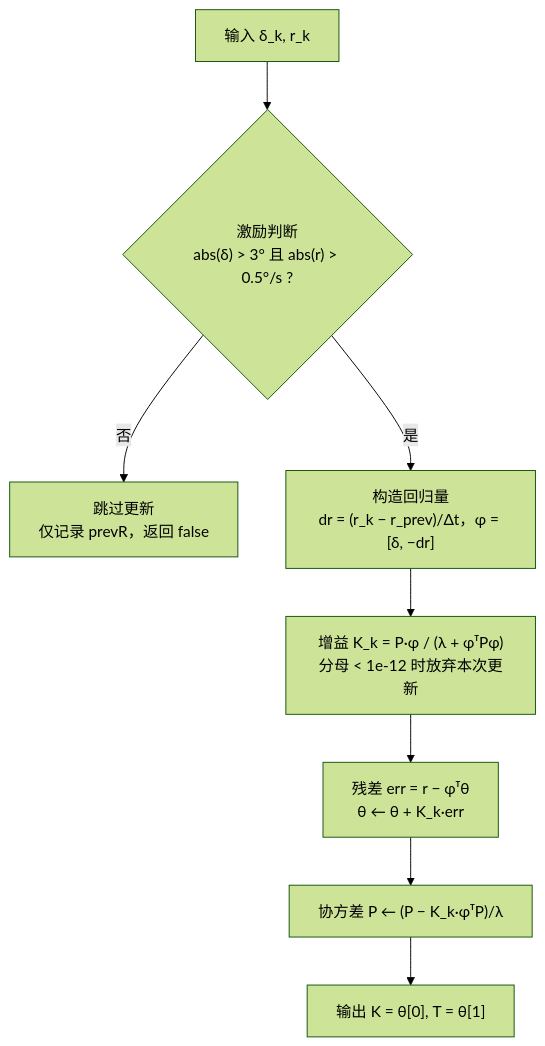
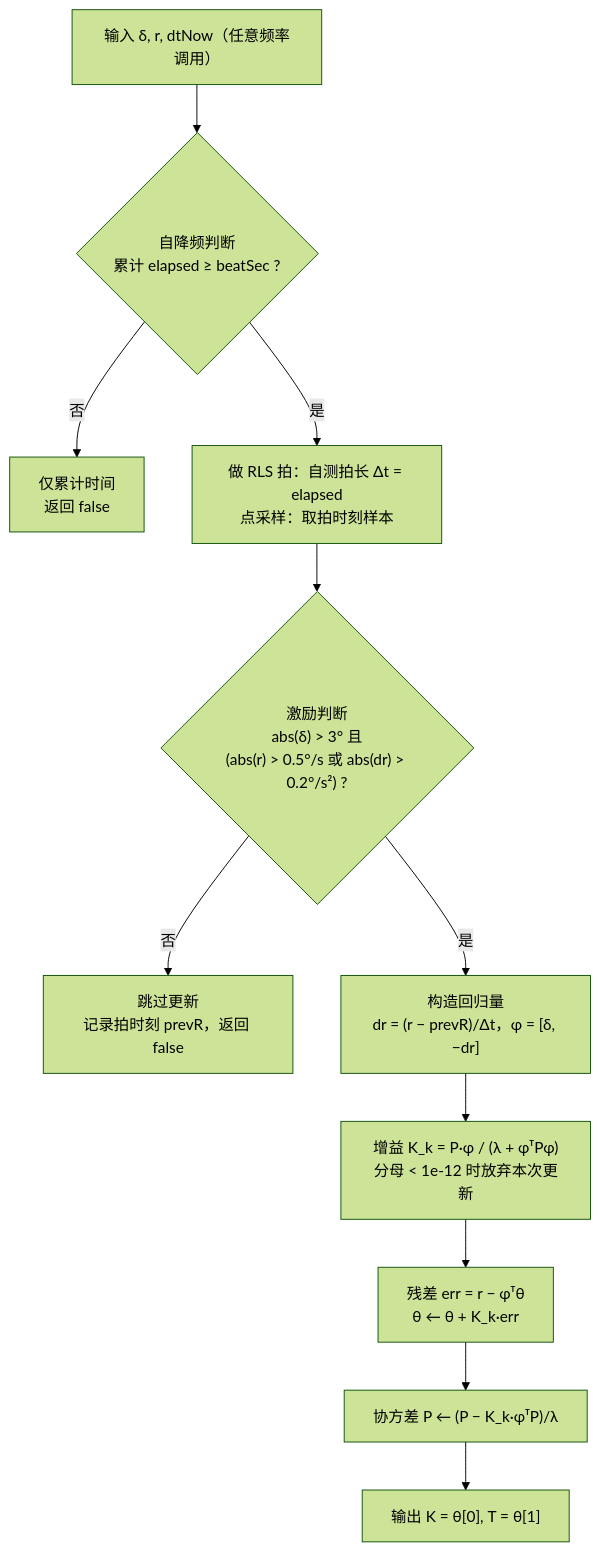
The seventh of 22 diagrams in control/控制算法开发文档.md (jimaka/auto_rudder), drawn with Mermaid (forest theme) before and after one commit. The commit also changed other lines of this file and 15 other files, not shown here.

````diff
--- a/control/控制算法开发文档.md
+++ b/control/控制算法开发文档.md
@@ -470,10 +475,13 @@
 ```mermaid
 graph TD
-    IN["输入 δ_k, r_k"] --> EXC{"激励判断<br/>abs(δ) > 3° 且 abs(r) > 0.5°/s ?"}
-    EXC -->|否| SKIP["跳过更新<br/>仅记录 prevR，返回 false"]
-    EXC -->|是| PHI["构造回归量<br/>dr = (r_k − r_prev)/Δt，φ = [δ, −dr]"]
+    IN["输入 δ, r, dtNow（任意频率调用）"] --> GATE{"自降频判断<br/>累计 elapsed ≥ beatSec ?"}
+    GATE -->|否| ACC["仅累计时间<br/>返回 false"]
+    GATE -->|是| BEAT["做 RLS 拍：自测拍长 Δt = elapsed<br/>点采样：取拍时刻样本"]
+    BEAT --> EXC{"激励判断<br/>abs(δ) > 3° 且<br/>(abs(r) > 0.5°/s 或 abs(dr) > 0.2°/s²) ?"}
+    EXC -->|否| SKIP["跳过更新<br/>记录拍时刻 prevR，返回 false"]
+    EXC -->|是| PHI["构造回归量<br/>dr = (r − prevR)/Δt，φ = [δ, −dr]"]
     PHI --> GAIN["增益 K_k = P·φ / (λ + φᵀPφ)<br/>分母 < 1e-12 时放弃本次更新"]
     GAIN --> UPD["残差 err = r − φᵀθ<br/>θ ← θ + K_k·err"]
     UPD --> COV["协方差 P ← (P − K_k·φᵀP)/λ"]
     COV --> OUT["输出 K = θ[0], T = θ[1]"]
 ```
````
